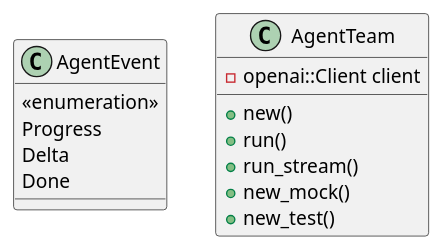
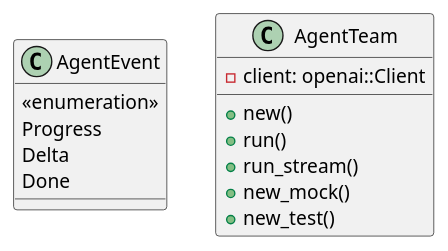
One commit to lgcorzo/fastapi-autogen-team changed the first of 2 diagrams in openwiki/modules/src/domain/agent/team.md. Above: the diagram before and after it, drawn with PlantUML. The commit also changed other lines of this file and 56 other files, not shown here.

Commit message:
Fix plantuml generics and field extraction

````diff
--- a/openwiki/modules/src/domain/agent/team.md
+++ b/openwiki/modules/src/domain/agent/team.md
@@ -37,18 +37,18 @@
 ```plantuml
 @startuml
     class AgentEvent {
         <<enumeration>>
         Progress
         Delta
         Done
     }
     class AgentTeam {
-        -openai::Client client
+        -client: openai::Client
         +new()
         +run()
         +run_stream()
         +new_mock()
         +new_test()
     }
 @enduml
 ```
````
